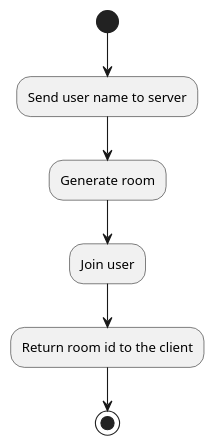
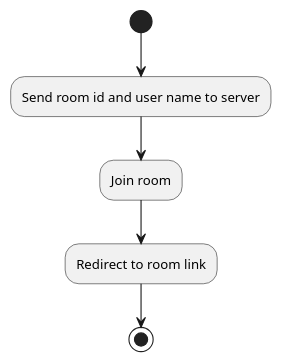
One commit to kariandreyka/Salam changed the diagram in videochat_docs/uml/activity/create_room_activity.puml. Above: the diagram before and after it, drawn with PlantUML. The commit also changed 9 other files, not shown here.

Commit message:
Diagrams added

```diff
--- a/videochat_docs/uml/activity/create_room_activity.puml
+++ b/videochat_docs/uml/activity/create_room_activity.puml
@@ -1,9 +1,8 @@
 @startuml Use Case Diagram
 
-(*) --> "Send user name to server"
---> "Generate room"
---> "Join user"
---> "Return room id to the client"
+(*) --> "Send room id and user name to server"
+--> "Join room"
+--> "Redirect to room link"
 --> (*)
 
 @enduml
```
